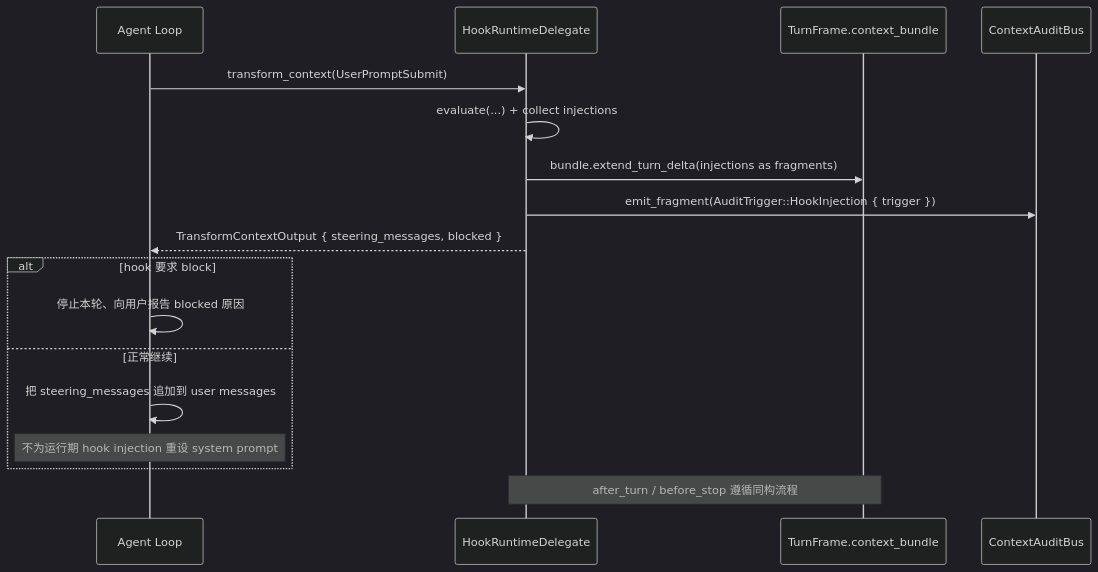
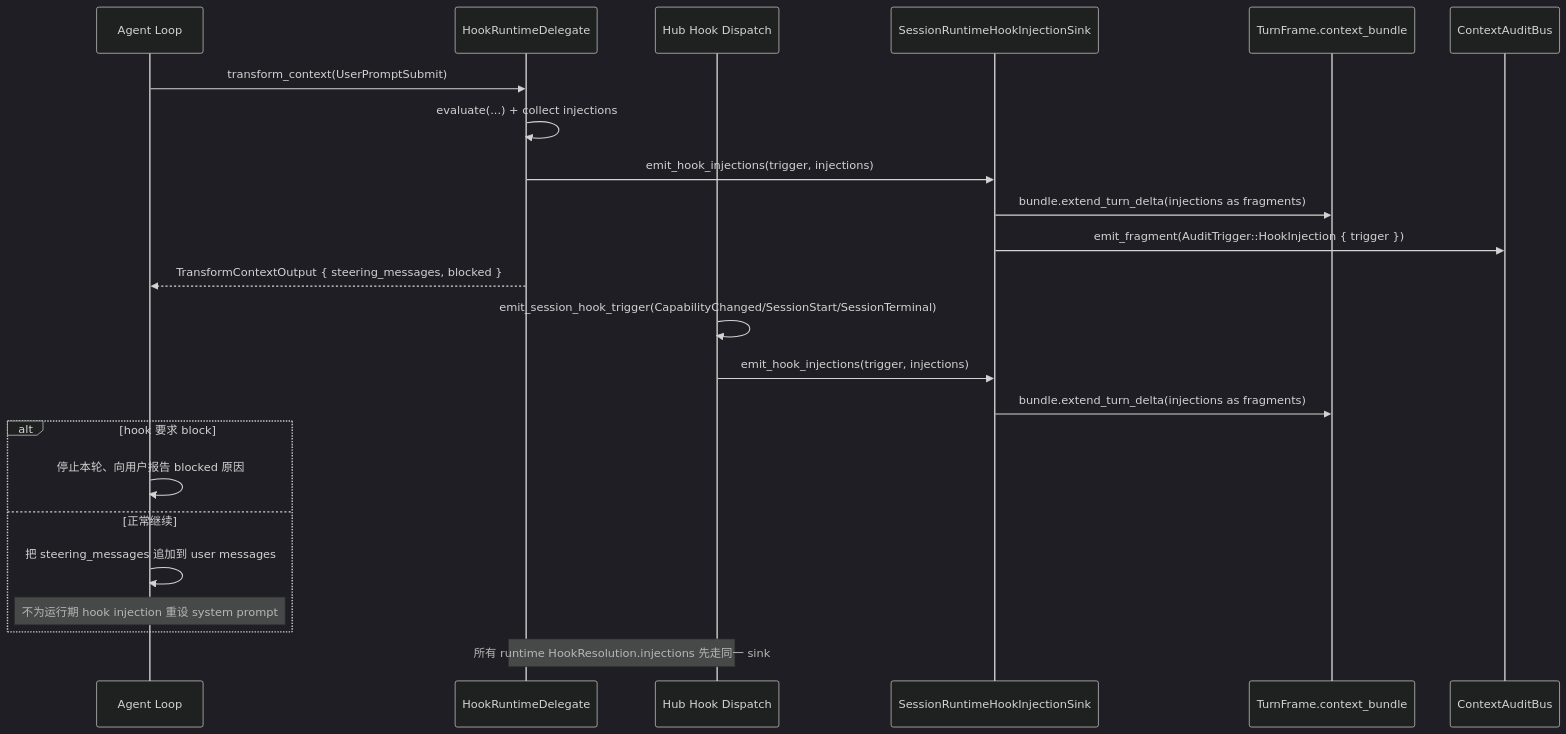
The second of 2 diagrams in .trellis/spec/backend/session/bundle-main-datasource.md (syan2018/AgentDash), drawn with Mermaid (dark theme) before and after one commit. The commit also changed other lines of this file and 7 other files, not shown here.

````diff
--- a/.trellis/spec/backend/session/bundle-main-datasource.md
+++ b/.trellis/spec/backend/session/bundle-main-datasource.md
@@ -308,22 +315,29 @@
 ```mermaid
 sequenceDiagram
     participant Agent as Agent Loop
     participant Delegate as HookRuntimeDelegate
+    participant Hub as Hub Hook Dispatch
+    participant Sink as SessionRuntimeHookInjectionSink
     participant Bundle as TurnFrame.context_bundle
     participant Audit as ContextAuditBus
 
     Agent->>Delegate: transform_context(UserPromptSubmit)
     Delegate->>Delegate: evaluate(...) + collect injections
-    Delegate->>Bundle: bundle.extend_turn_delta(injections as fragments)
-    Delegate->>Audit: emit_fragment(AuditTrigger::HookInjection { trigger })
+    Delegate->>Sink: emit_hook_injections(trigger, injections)
+    Sink->>Bundle: bundle.extend_turn_delta(injections as fragments)
+    Sink->>Audit: emit_fragment(AuditTrigger::HookInjection { trigger })
     Delegate-->>Agent: TransformContextOutput { steering_messages, blocked }
+
+    Hub->>Hub: emit_session_hook_trigger(CapabilityChanged/SessionStart/SessionTerminal)
+    Hub->>Sink: emit_hook_injections(trigger, injections)
+    Sink->>Bundle: bundle.extend_turn_delta(injections as fragments)
 
     alt hook 要求 block
         Agent->>Agent: 停止本轮、向用户报告 blocked 原因
     else 正常继续
         Agent->>Agent: 把 steering_messages 追加到 user messages
         Note over Agent: 不为运行期 hook injection 重设 system prompt
     end
 
-    Note over Delegate,Bundle: after_turn / before_stop 遵循同构流程
+    Note over Delegate,Hub: 所有 runtime HookResolution.injections 先走同一 sink
 ```
````
